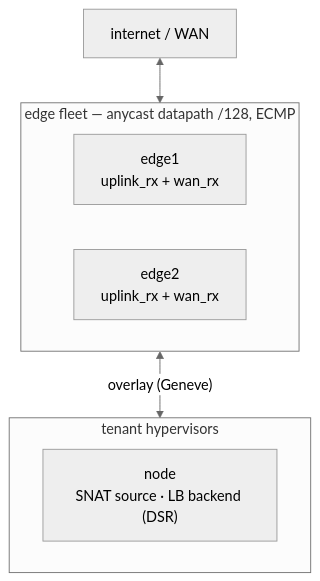
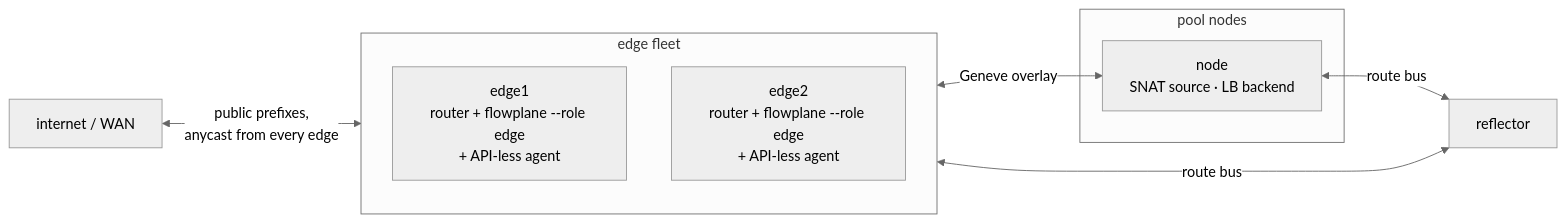
Before and after one commit to trevex/ectobase: the first of 2 diagrams in docs/features/ns-edge.md, drawn with Mermaid (neutral theme). The commit also changed other lines of this file and 57 other files, not shown here.

First line of the commit message:
docs: rework concepts, architecture, networking, operating, reference and contributing

````diff
--- a/docs/features/ns-edge.md
+++ b/docs/features/ns-edge.md
@@ -38,13 +12,16 @@
 ```mermaid
-flowchart TB
-    net[internet / WAN]
-    subgraph edges[edge fleet — anycast datapath /128, ECMP]
-      e1["edge1<br/>uplink_rx + wan_rx"]
-      e2["edge2<br/>uplink_rx + wan_rx"]
+flowchart LR
+    wan["internet / WAN"]
+    subgraph edges["edge fleet"]
+      e1["edge1<br/>router + flowplane --role edge<br/>+ API-less agent"]
+      e2["edge2<br/>router + flowplane --role edge<br/>+ API-less agent"]
     end
-    net <--> edges
-    edges <-->|"overlay (Geneve)"| hv
-    subgraph hv[tenant hypervisors]
-      h1["node<br/>SNAT source · LB backend (DSR)"]
+    subgraph pool["pool nodes"]
+      n["node<br/>SNAT source · LB backend"]
     end
+    refl["reflector"]
+    wan <-->|"public prefixes,<br/>anycast from every edge"| edges
+    edges <-->|"Geneve overlay"| n
+    edges <-->|"route bus"| refl
+    n <-->|"route bus"| refl
 ```
````
